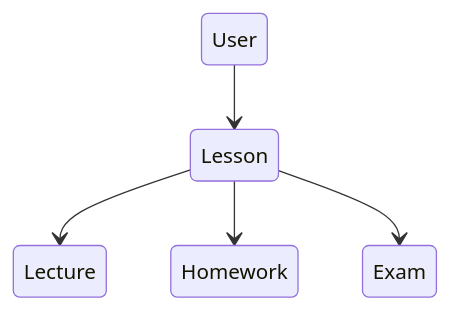
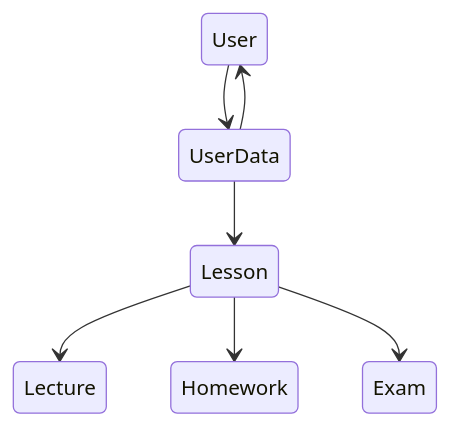
The second of 3 diagrams in docs/schema.md (Schedule-team/server), drawn with Mermaid before and after one commit. The commit also changed other lines of this file and 2 other files, not shown here.

Commit message:
feat: add UserData model

````diff
--- a/docs/schema.md
+++ b/docs/schema.md
@@ -24,8 +24,11 @@
 ```mermaid
 stateDiagram-v2
-    User --> Lesson
+    User --> UserData
+    UserData --> User
+
+    UserData --> Lesson
 
     Lesson --> Lecture
     Lesson --> Homework
     Lesson --> Exam
 ```
````
